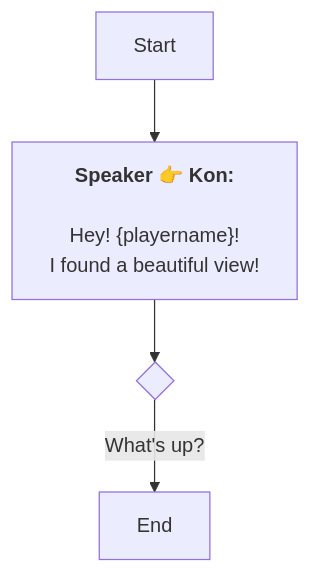
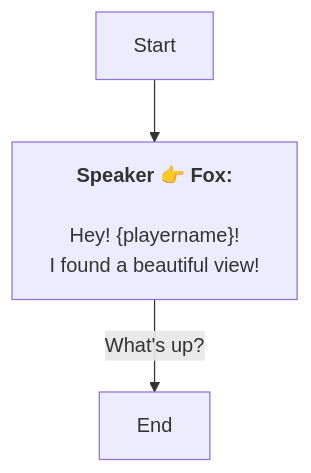
Before and after one commit to SoftHu/tos_avg: the diagram in En/QuestStartTalkENode_1751813638943161.md, drawn with Mermaid. The commit also changed 737 other files, not shown here.

````diff
--- a/En/QuestStartTalkENode_1751813638943161.md
+++ b/En/QuestStartTalkENode_1751813638943161.md
@@ -1,10 +1,8 @@
 ```mermaid
 graph
-Start -->1751814007493088[<b>Speaker 👉 Kon:</b>
+Start -->1751814007493088[<b>Speaker 👉 Fox:</b>
+\nHey! &lbrace;playername&rbrace;! 
+I found a beautiful view!]
+1751814007493088 -->|What's up?|1751814479853030[End]
 
-Hey! &lbrace;playername&rbrace;! 
-I found a beautiful view!]
-1751814007493088 -->1751814009403873{ }
-1751814009403873 -->|What's up?|1751814479853030[End]
-
- ```
+```
````
